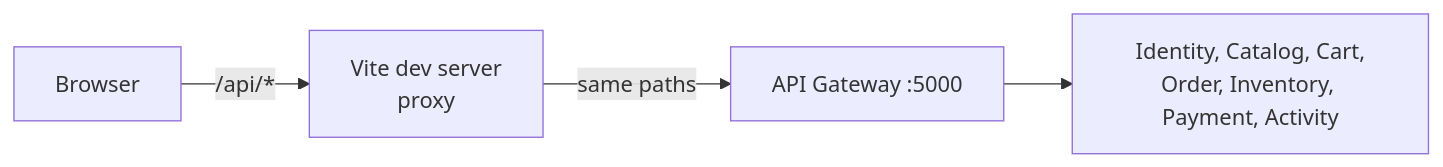
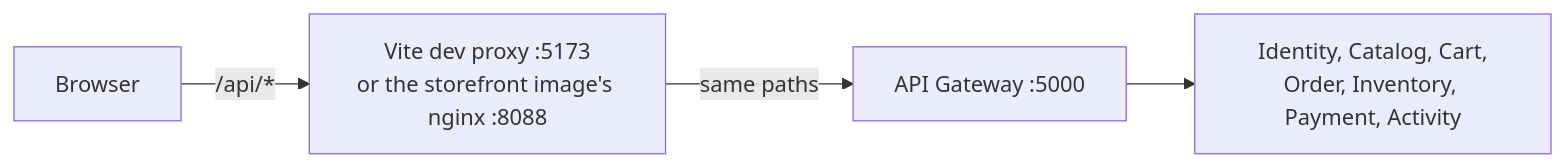
Before and after one commit to jessiicamaru/e-commerce-asp-dotnet-practice: the diagram in docs/architecture/storefront.md, drawn with Mermaid. The commit also changed other lines of this file and 18 other files, not shown here.

First line of the commit message:
feat(client): the storefront has an image, served by nginx and published with the rest (#133)

````diff
--- a/docs/architecture/storefront.md
+++ b/docs/architecture/storefront.md
@@ -10,6 +10,6 @@
 ```mermaid
 flowchart LR
-    Browser -->|/api/*| Vite[Vite dev server<br/>proxy]
-    Vite -->|same paths| Gateway[API Gateway :5000]
+    Browser -->|/api/*| Front[Vite dev proxy :5173<br/>or the storefront image's nginx :8088]
+    Front -->|same paths| Gateway[API Gateway :5000]
     Gateway --> Services[Identity, Catalog, Cart,<br/>Order, Inventory, Payment, Activity]
 ```
````
